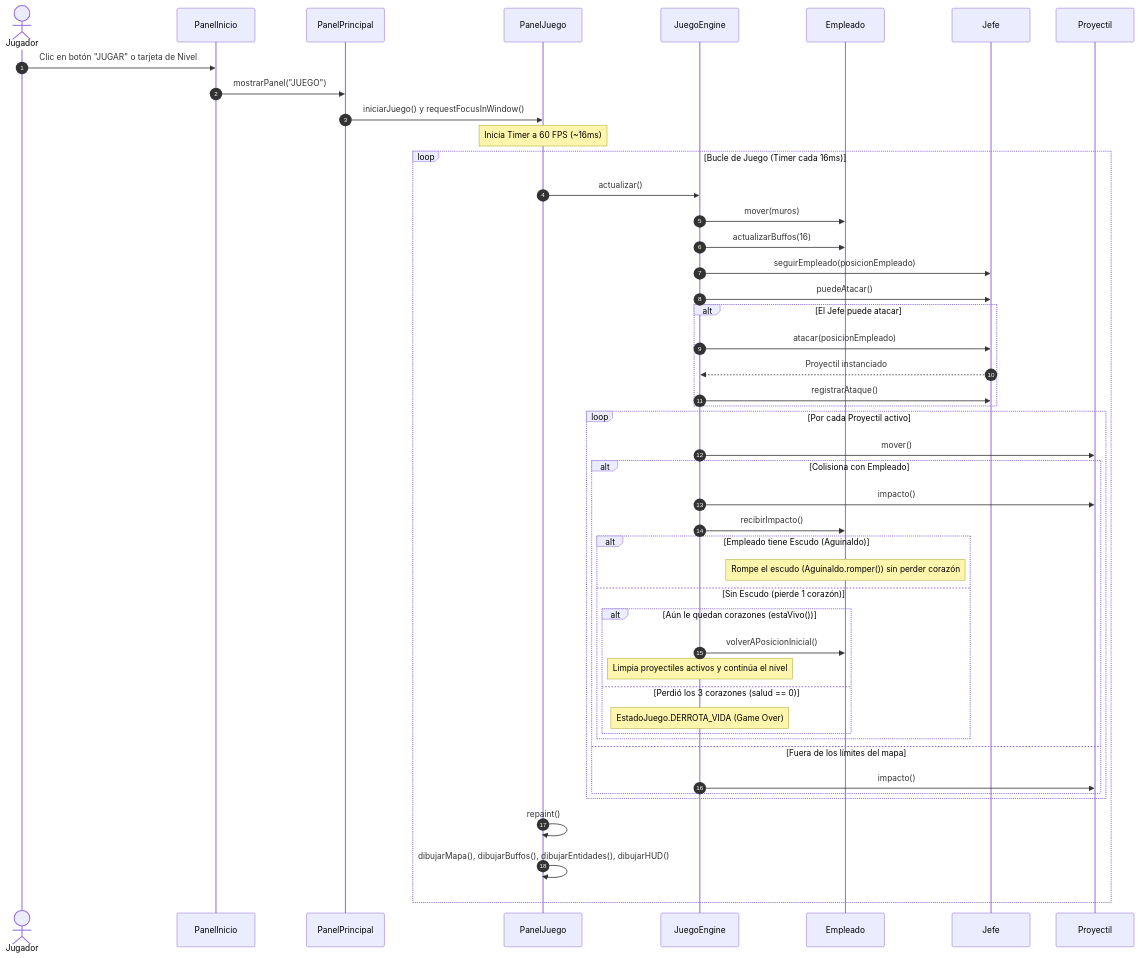
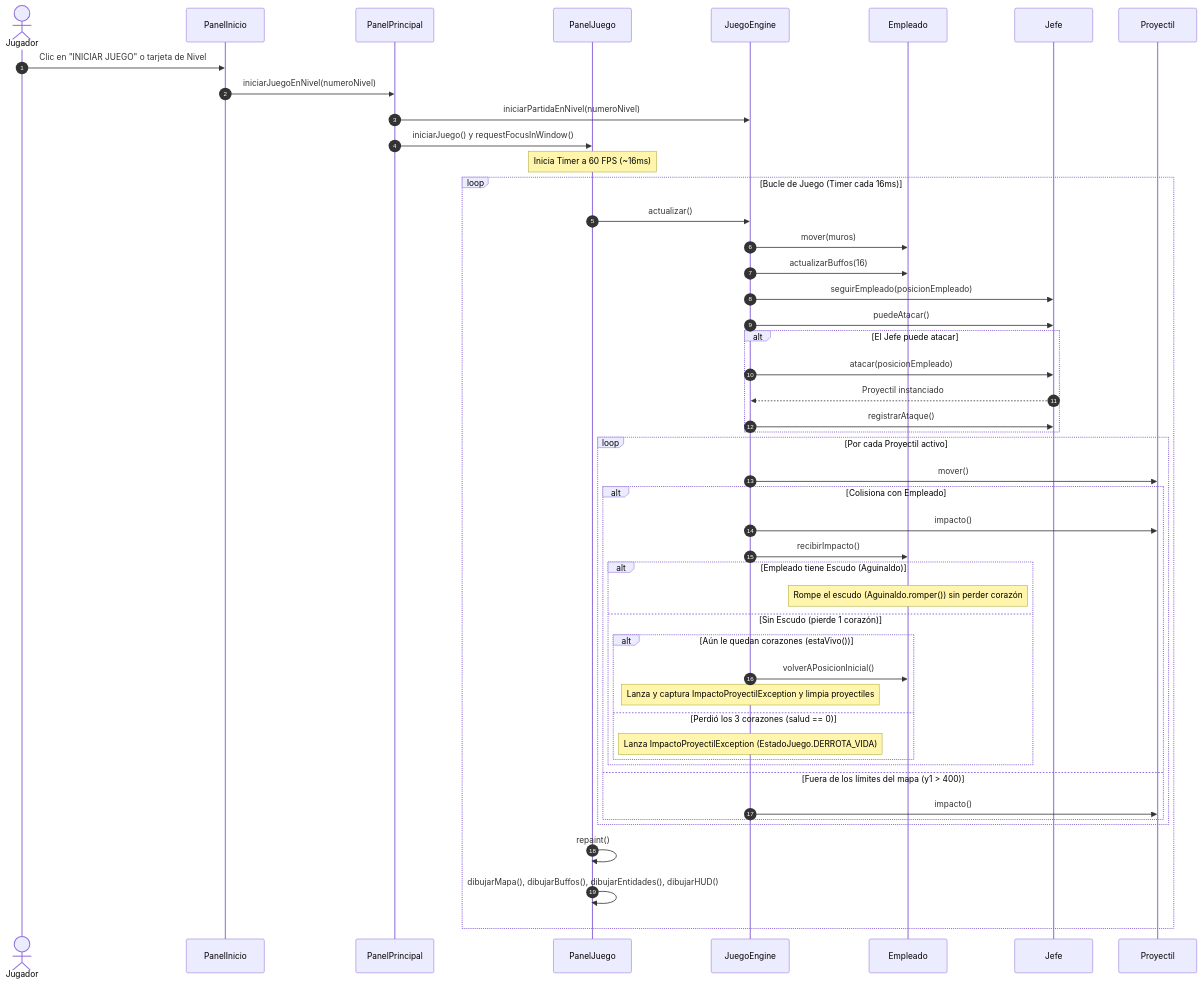
One commit to EspondaEmiliano/El-One-Piece-POO changed the third of 3 diagrams in docs/README.md. Above: the diagram before and after it, drawn with Mermaid. The commit also changed other lines of this file and 2 other files, not shown here.

````diff
--- a/docs/README.md
+++ b/docs/README.md
@@ -451,61 +489,62 @@
 ```mermaid
 sequenceDiagram
     autonumber
     actor Jugador
     participant PI as PanelInicio
     participant PP as PanelPrincipal
     participant PJ as PanelJuego
     participant JE as JuegoEngine
     participant E as Empleado
     participant J as Jefe
     participant P as Proyectil
 
     %% 1. Inicio de partida
-    Jugador->>PI: Clic en botón "JUGAR" o tarjeta de Nivel
-    PI->>PP: mostrarPanel("JUEGO")
+    Jugador->>PI: Clic en "INICIAR JUEGO" o tarjeta de Nivel
+    PI->>PP: iniciarJuegoEnNivel(numeroNivel)
+    PP->>JE: iniciarPartidaEnNivel(numeroNivel)
     PP->>PJ: iniciarJuego() y requestFocusInWindow()
     Note over PJ: Inicia Timer a 60 FPS (~16ms)
 
     %% 2. Ciclo de actualización (Game Loop)
     loop Bucle de Juego (Timer cada 16ms)
         PJ->>JE: actualizar()
         
         %% Movimiento Empleado
         JE->>E: mover(muros)
         JE->>E: actualizarBuffos(16)
         
         %% Jefe e IA
         JE->>J: seguirEmpleado(posicionEmpleado)
         JE->>J: puedeAtacar()
         alt El Jefe puede atacar
             JE->>J: atacar(posicionEmpleado)
             J-->>JE: Proyectil instanciado
             JE->>J: registrarAtaque()
         end
 
         %% Balística y Colisiones
         loop Por cada Proyectil activo
             JE->>P: mover()
             alt Colisiona con Empleado
                 JE->>P: impacto()
                 JE->>E: recibirImpacto()
                 alt Empleado tiene Escudo (Aguinaldo)
                     Note over E: Rompe el escudo (Aguinaldo.romper()) sin perder corazón
                 else Sin Escudo (pierde 1 corazón)
                     alt Aún le quedan corazones (estaVivo())
                         JE->>E: volverAPosicionInicial()
-                        Note over JE: Limpia proyectiles activos y continúa el nivel
+                        Note over JE: Lanza y captura ImpactoProyectilException y limpia proyectiles
                     else Perdió los 3 corazones (salud == 0)
-                        Note over JE: EstadoJuego.DERROTA_VIDA (Game Over)
+                        Note over JE: Lanza ImpactoProyectilException (EstadoJuego.DERROTA_VIDA)
                     end
                 end
-            else Fuera de los límites del mapa
+            else Fuera de los límites del mapa (y1 > 400)
                 JE->>P: impacto()
             end
         end
 
         %% 3. Redibujado en pantalla
         PJ->>PJ: repaint()
         PJ->>PJ: dibujarMapa(), dibujarBuffos(), dibujarEntidades(), dibujarHUD()
     end
 ```
````
